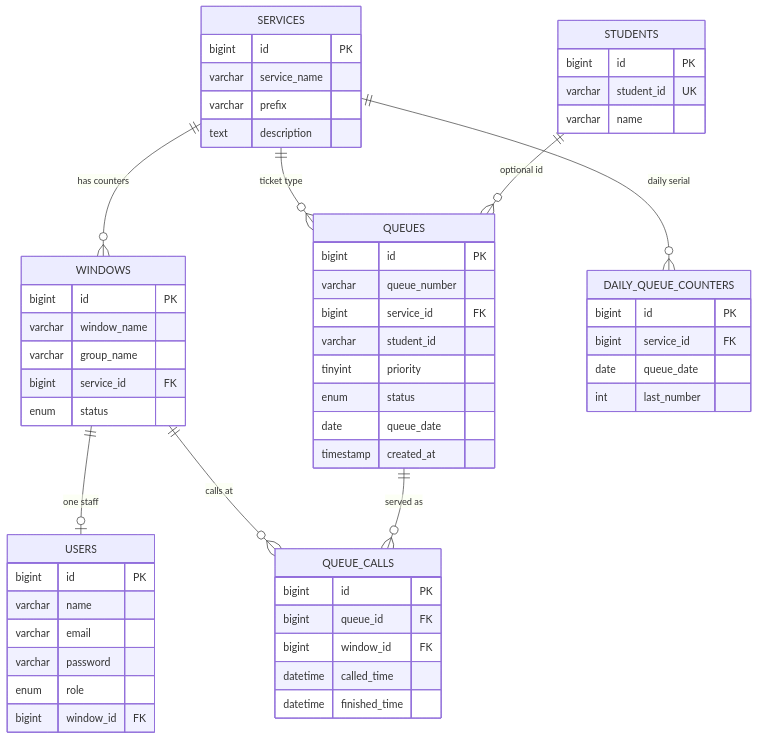
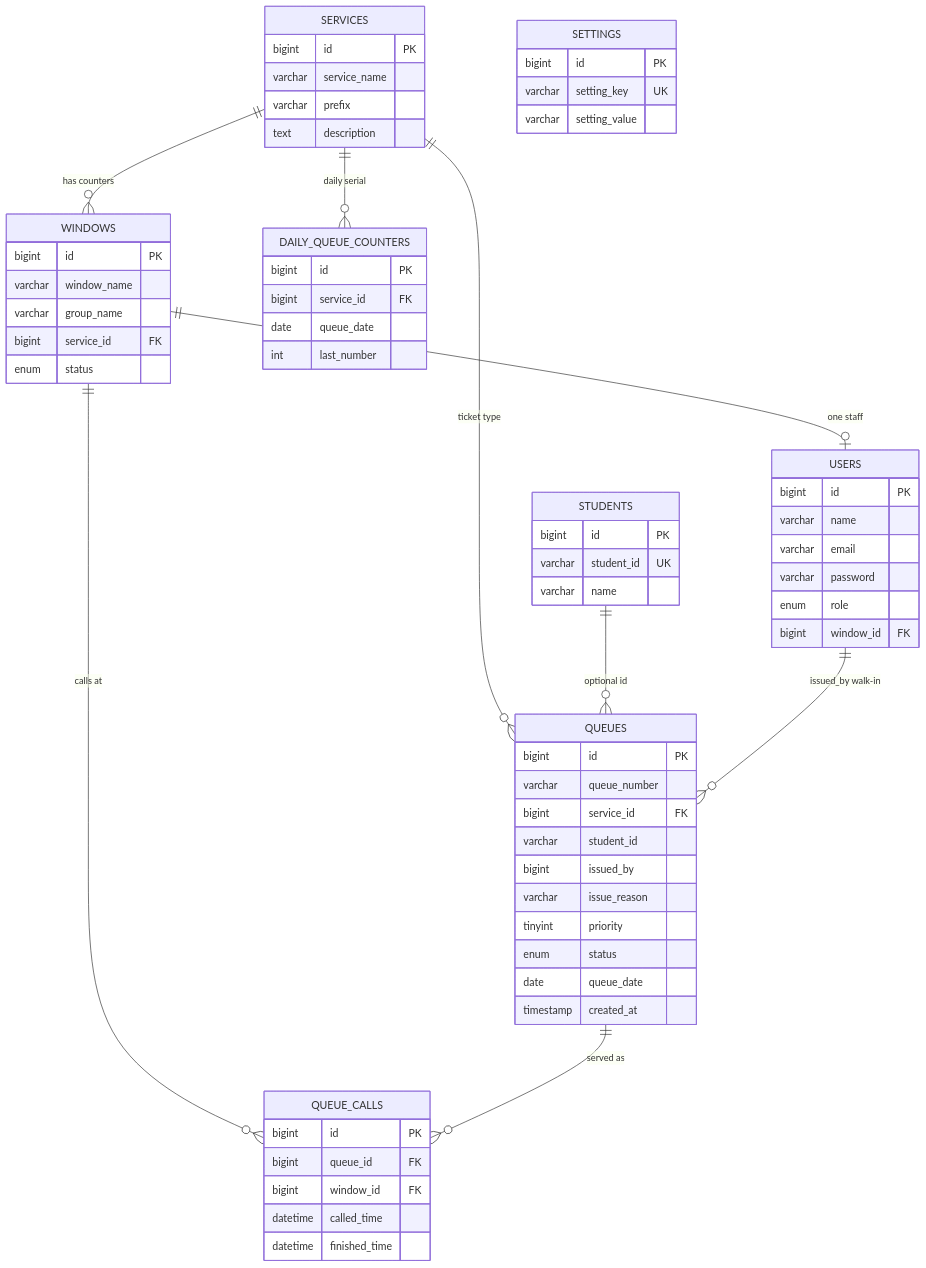
Before and after one commit to rhems95/queuing-system: the diagram in docs/erd.md, drawn with Mermaid. The commit also changed other lines of this file and 51 other files, not shown here.

````diff
--- a/docs/erd.md
+++ b/docs/erd.md
@@ -17,66 +17,75 @@
 ```mermaid
 erDiagram
     SERVICES ||--o{ WINDOWS : "has counters"
     SERVICES ||--o{ QUEUES : "ticket type"
     SERVICES ||--o{ DAILY_QUEUE_COUNTERS : "daily serial"
     WINDOWS ||--o| USERS : "one staff"
     WINDOWS ||--o{ QUEUE_CALLS : "calls at"
     QUEUES ||--o{ QUEUE_CALLS : "served as"
     STUDENTS ||--o{ QUEUES : "optional id"
+    USERS ||--o{ QUEUES : "issued_by walk-in"
 
     SERVICES {
         bigint id PK
         varchar service_name
         varchar prefix
         text description
     }
 
     WINDOWS {
         bigint id PK
         varchar window_name
         varchar group_name
         bigint service_id FK
         enum status
     }
 
     USERS {
         bigint id PK
         varchar name
         varchar email
         varchar password
         enum role
         bigint window_id FK
     }
 
     DAILY_QUEUE_COUNTERS {
         bigint id PK
         bigint service_id FK
         date queue_date
         int last_number
     }
 
     QUEUES {
         bigint id PK
         varchar queue_number
         bigint service_id FK
         varchar student_id
+        bigint issued_by
+        varchar issue_reason
         tinyint priority
         enum status
         date queue_date
         timestamp created_at
     }
 
     STUDENTS {
         bigint id PK
         varchar student_id UK
         varchar name
     }
 
+    SETTINGS {
+        bigint id PK
+        varchar setting_key UK
+        varchar setting_value
+    }
+
     QUEUE_CALLS {
         bigint id PK
         bigint queue_id FK
         bigint window_id FK
         datetime called_time
         datetime finished_time
     }
 ```
````
